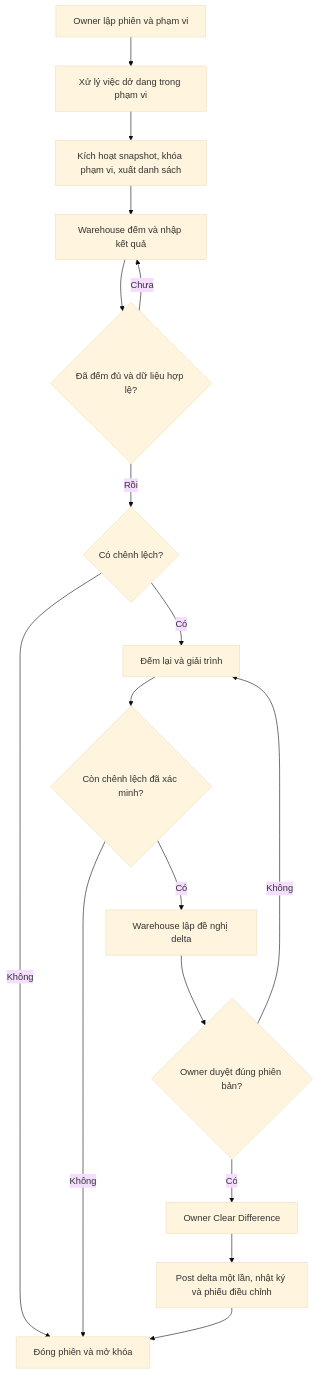
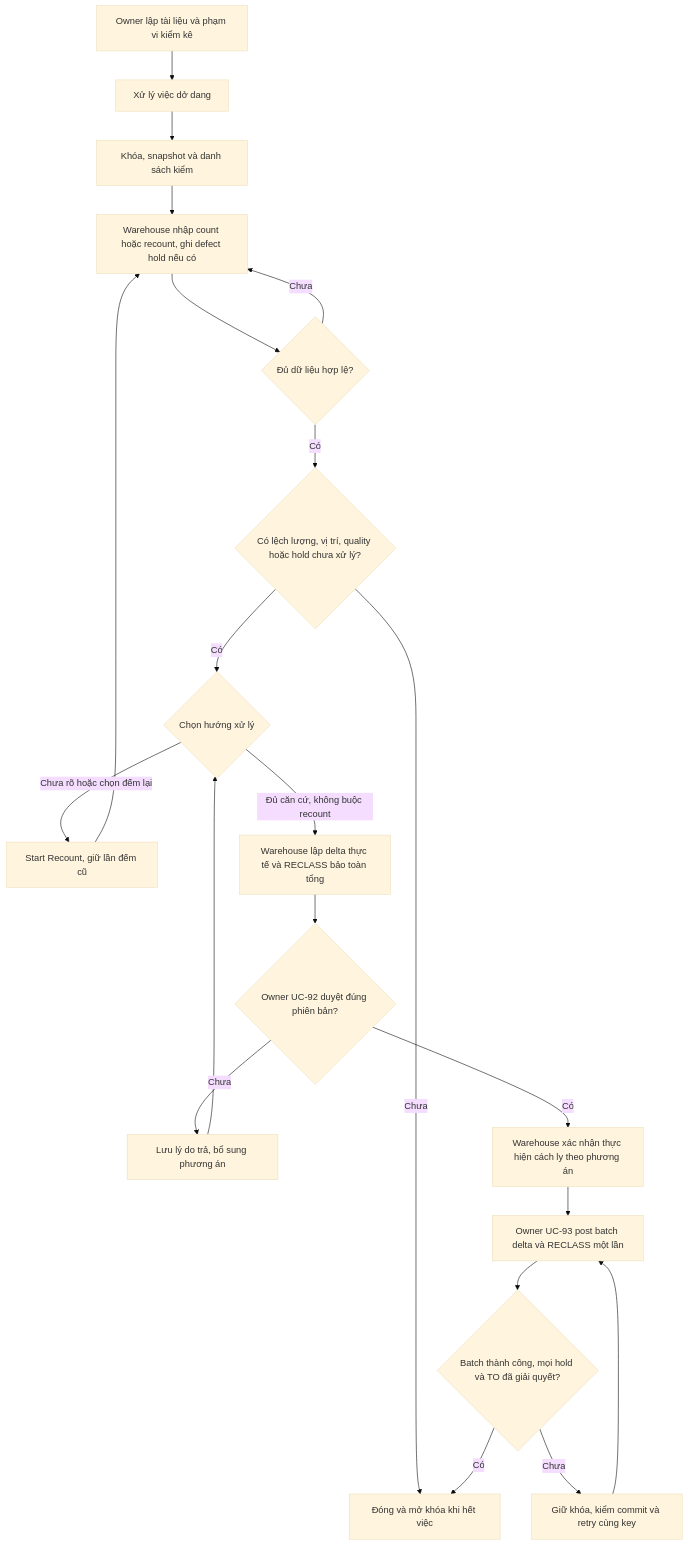
One commit to minhbach032003/docs_doan changed the sixth of 9 diagrams in docs/02_nghiep_vu/de_xuat_quy_trinh_2_VI.md. Above: the diagram before and after it, drawn with Mermaid (base theme). The commit also changed other lines of this file and 3 other files, not shown here.

````diff
--- a/docs/02_nghiep_vu/de_xuat_quy_trinh_2_VI.md
+++ b/docs/02_nghiep_vu/de_xuat_quy_trinh_2_VI.md
@@ -733,19 +756,23 @@
 ```mermaid
 flowchart TD
- A[Owner lập phiên và phạm vi] --> B[Xử lý việc dở dang trong phạm vi]
- B --> C[Kích hoạt snapshot, khóa phạm vi, xuất danh sách]
- C --> D[Warehouse đếm và nhập kết quả]
- D --> E{Đã đếm đủ và dữ liệu hợp lệ?}
+ A[Owner lập tài liệu và phạm vi kiểm kê] --> B[Xử lý việc dở dang]
+ B --> C[Khóa, snapshot và danh sách kiểm]
+ C --> D[Warehouse nhập count hoặc recount, ghi defect hold nếu có]
+ D --> E{Đủ dữ liệu hợp lệ?}
  E -->|Chưa| D
- E -->|Rồi| F{Có chênh lệch?}
- F -->|Không| G[Đóng phiên và mở khóa]
- F -->|Có| H[Đếm lại và giải trình]
- H --> R{Còn chênh lệch đã xác minh?}
- R -->|Không| G
- R -->|Có| P[Warehouse lập đề nghị delta]
- P --> I{Owner duyệt đúng phiên bản?}
- I -->|Không| H
- I -->|Có| J[Owner Clear Difference]
- J --> K[Post delta một lần, nhật ký và phiếu điều chỉnh]
- K --> G
+ E -->|Có| F{Có lệch lượng, vị trí, quality hoặc hold chưa xử lý?}
+ F -->|Chưa| G[Đóng và mở khóa khi hết việc]
+ F -->|Có| X{Chọn hướng xử lý}
+ X -->|Chưa rõ hoặc chọn đếm lại| H[Start Recount, giữ lần đếm cũ]
+ H --> D
+ X -->|Đủ căn cứ, không buộc recount| P[Warehouse lập delta thực tế và RECLASS bảo toàn tổng]
+ P --> I{Owner UC-92 duyệt đúng phiên bản?}
+ I -->|Chưa| Y[Lưu lý do trả, bổ sung phương án]
+ Y --> X
+ I -->|Có| T[Warehouse xác nhận thực hiện cách ly theo phương án]
+ T --> J[Owner UC-93 post batch delta và RECLASS một lần]
+ J --> K{Batch thành công, mọi hold và TO đã giải quyết?}
+ K -->|Chưa| W[Giữ khóa, kiểm commit và retry cùng key]
+ W --> J
+ K -->|Có| G
 ```
````
